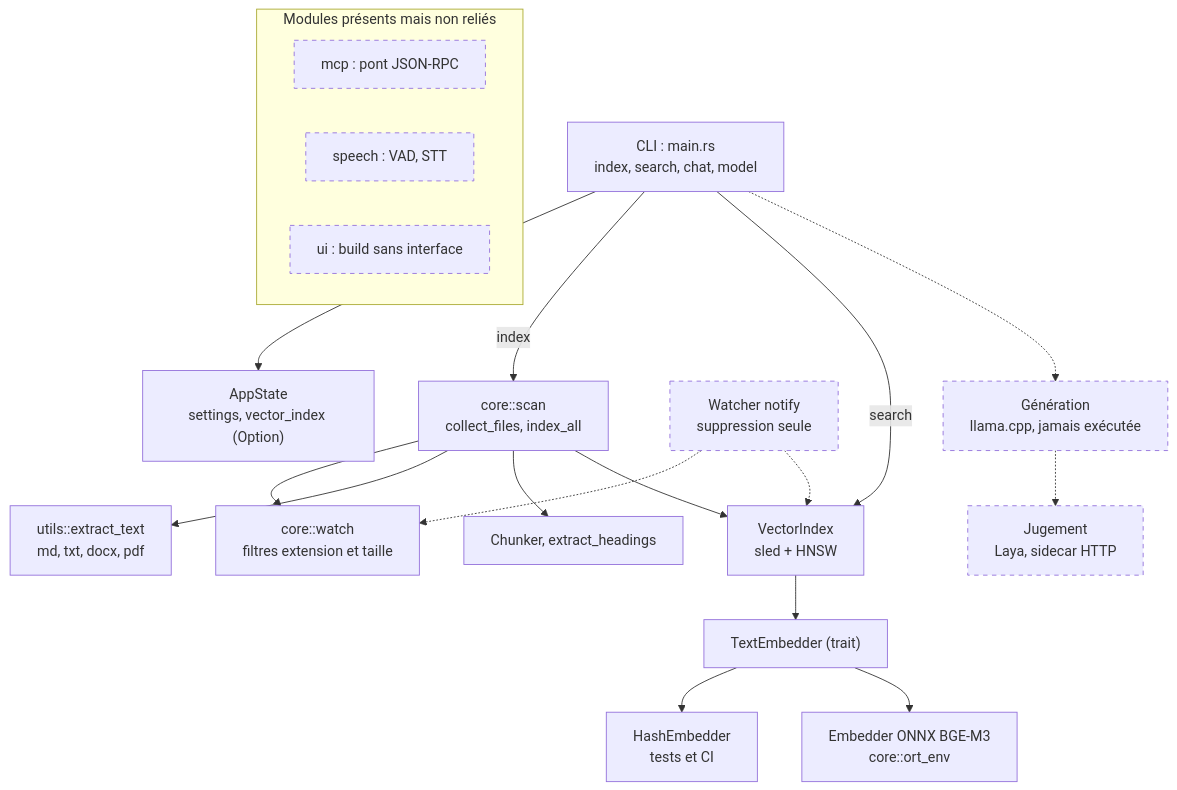
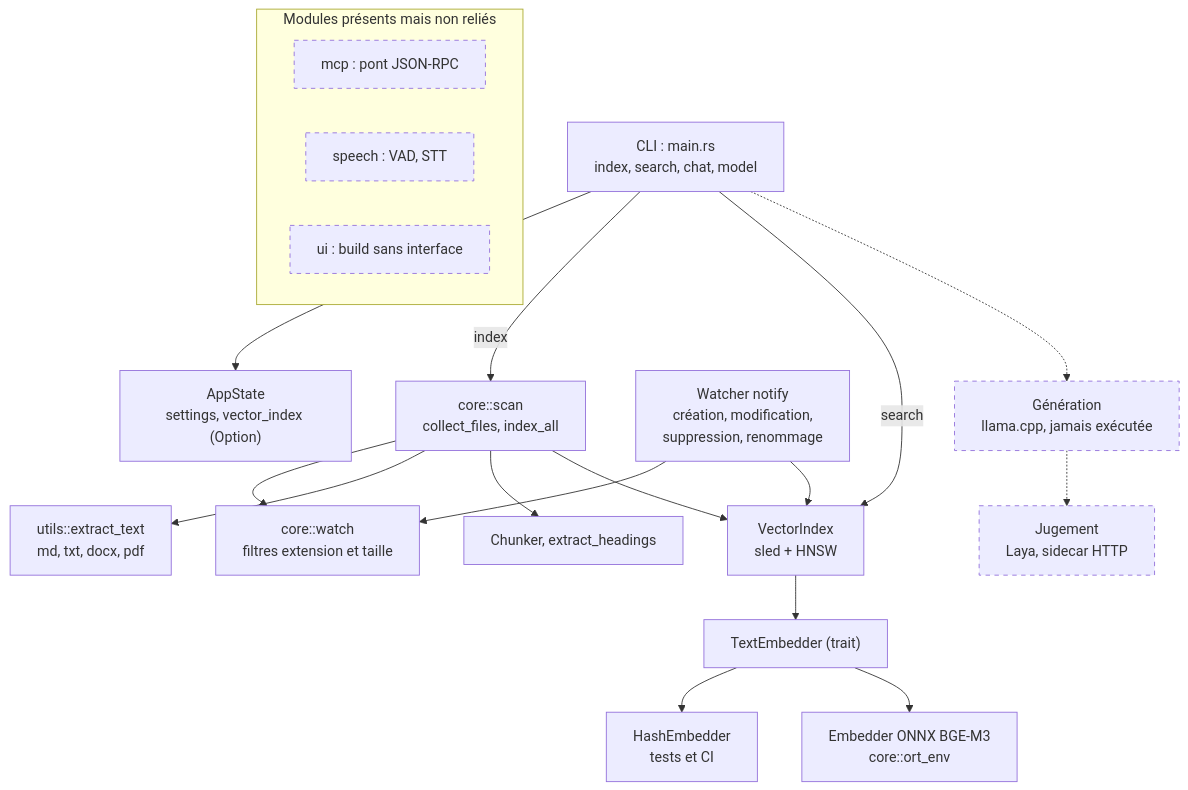
Before and after one commit to chelmooz/maieutik: the diagram in README.md, drawn with Mermaid. The commit also changed other lines of this file and 1 other file, not shown here.

Commit message:
gate(P1.16-5): rebind verification hashes, update watcher status
Empreintes rebindées pour src/main.rs, src/lib.rs, src/core/scan.rs,
src/core/watch.rs ; tests/single_instance.rs et
tests/watcher_reindex.rs ajoutés au binding. Known issues 1 (watcher)
et 8 (is_single) marqués corrigés avec leur limite résiduelle
(rattrapage des événements survenus pendant l'arrêt). README : watcher
implémenté dans le tableau, le diagramme et les limites connues.

````diff
--- a/README.md
+++ b/README.md
@@ -30,40 +30,40 @@
 ```mermaid
 flowchart TD
     CLI["CLI : main.rs<br/>index, search, chat, model"]
     STATE["AppState<br/>settings, vector_index (Option)"]
     SCAN["core::scan<br/>collect_files, index_all"]
     FILTER["core::watch<br/>filtres extension et taille"]
     EXTRACT["utils::extract_text<br/>md, txt, docx, pdf"]
     CHUNK["Chunker, extract_headings"]
     IDX["VectorIndex<br/>sled + HNSW"]
     EMB["TextEmbedder (trait)"]
     HASH["HashEmbedder<br/>tests et CI"]
     ONNX["Embedder ONNX BGE-M3<br/>core::ort_env"]
-    WATCHER["Watcher notify<br/>suppression seule"]
+    WATCHER["Watcher notify<br/>création, modification,<br/>suppression, renommage"]
     GEN["Génération<br/>llama.cpp, jamais exécutée"]
     JUDGE["Jugement<br/>Laya, sidecar HTTP"]
 
     subgraph STUBS["Modules présents mais non reliés"]
         MCP["mcp : pont JSON-RPC"]
         SPEECH["speech : VAD, STT"]
         UI["ui : build sans interface"]
     end
 
     CLI --> STATE
     CLI -- index --> SCAN
     CLI -- search --> IDX
     SCAN --> FILTER
     SCAN --> EXTRACT
     SCAN --> CHUNK
     SCAN --> IDX
     IDX --> EMB
     EMB --> HASH
     EMB --> ONNX
-    WATCHER -.-> FILTER
-    WATCHER -.-> IDX
+    WATCHER --> FILTER
+    WATCHER --> IDX
     CLI -.-> GEN
     GEN -.-> JUDGE
 
     classDef planned stroke-dasharray: 5 5
-    class WATCHER,GEN,JUDGE,MCP,SPEECH,UI planned
+    class GEN,JUDGE,MCP,SPEECH,UI planned
 ```
````
